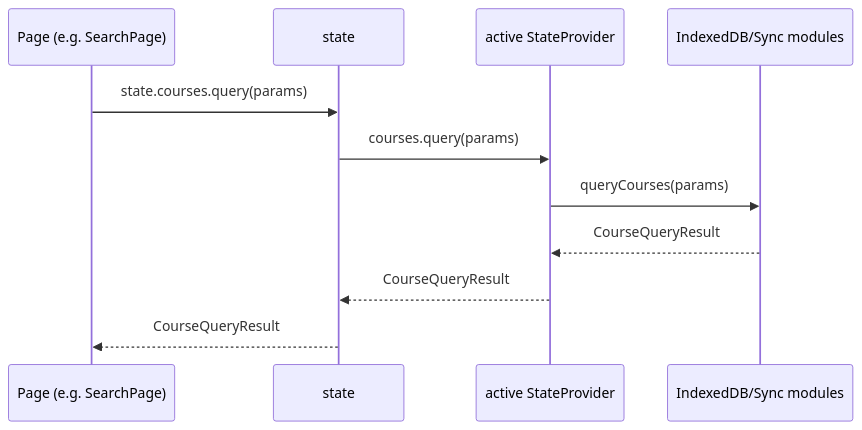
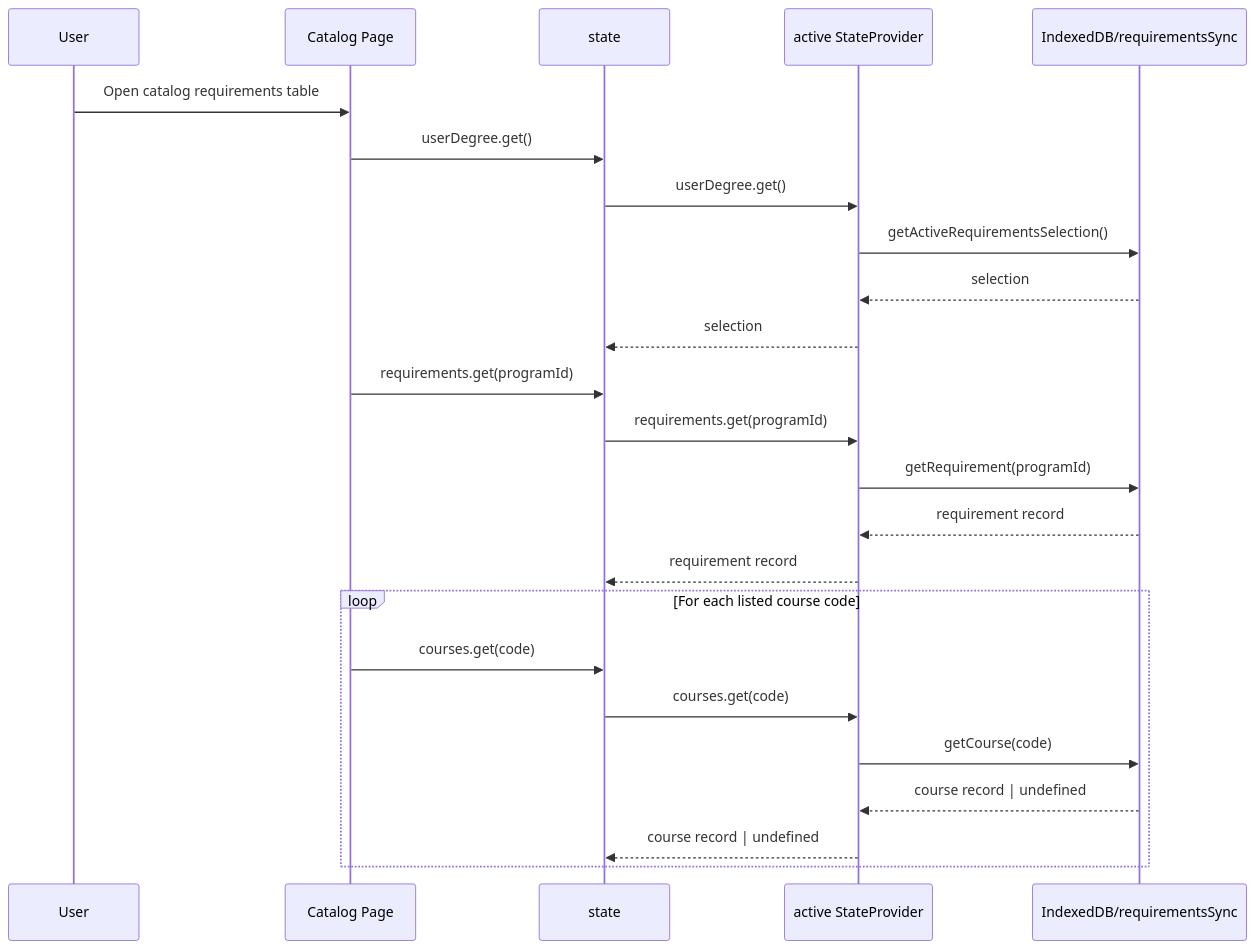
The third of 8 diagrams in src/lib/stateManagement.md (selfint/planit), drawn with Mermaid before and after one commit. The commit also changed other lines of this file and 9 other files, not shown here.

````diff
--- a/src/lib/stateManagement.md
+++ b/src/lib/stateManagement.md
@@ -95,14 +185,27 @@
 ```mermaid
 sequenceDiagram
-  participant Page as Page (e.g. SearchPage)
-  participant State as state
-  participant Provider as active StateProvider
-  participant DB as IndexedDB/Sync modules
+  participant U as User
+  participant C as Catalog Page
+  participant S as state
+  participant SP as active StateProvider
+  participant DB as IndexedDB/requirementsSync
 
-  Page->>State: state.courses.query(params)
-  State->>Provider: courses.query(params)
-  Provider->>DB: queryCourses(params)
-  DB-->>Provider: CourseQueryResult
-  Provider-->>State: CourseQueryResult
-  State-->>Page: CourseQueryResult
+  U->>C: Open catalog requirements table
+  C->>S: userDegree.get()
+  S->>SP: userDegree.get()
+  SP->>DB: getActiveRequirementsSelection()
+  DB-->>SP: selection
+  SP-->>S: selection
+  C->>S: requirements.get(programId)
+  S->>SP: requirements.get(programId)
+  SP->>DB: getRequirement(programId)
+  DB-->>SP: requirement record
+  SP-->>S: requirement record
+  loop For each listed course code
+    C->>S: courses.get(code)
+    S->>SP: courses.get(code)
+    SP->>DB: getCourse(code)
+    DB-->>SP: course record | undefined
+    SP-->>S: course record | undefined
+  end
 ```
````
